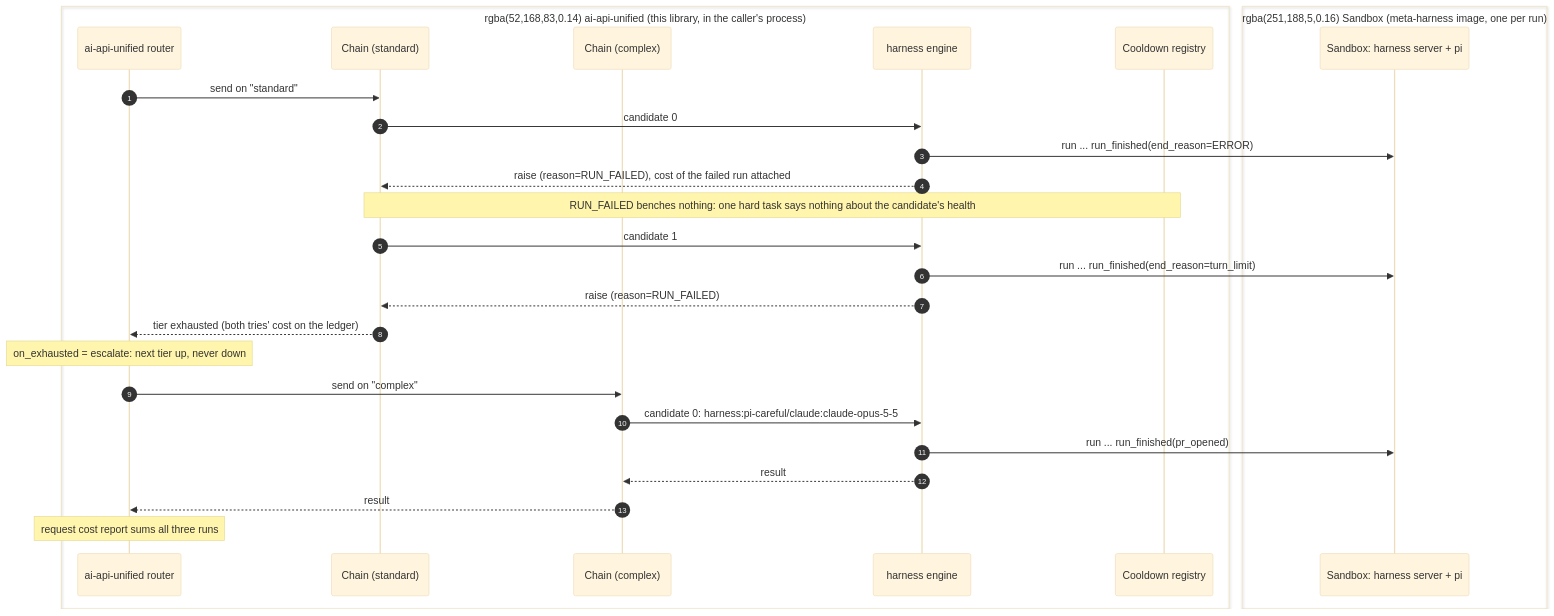
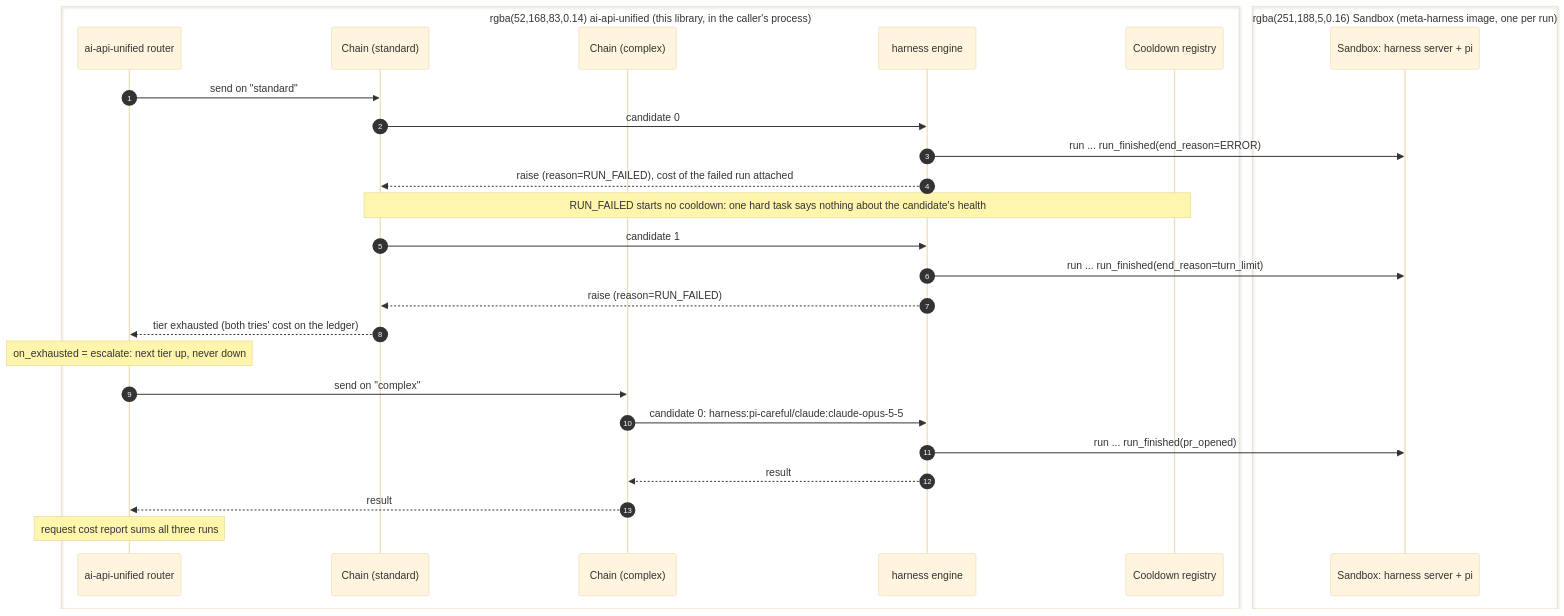
One commit to davecthomas/ai-api-unified changed the third of 8 diagrams in docs/harness_engine_design.md. Above: the diagram before and after it, drawn with Mermaid (base theme). The commit also changed other lines of this file, not shown here.

````diff
--- a/docs/harness_engine_design.md
+++ b/docs/harness_engine_design.md
@@ -200,31 +234,31 @@
 ```mermaid
 sequenceDiagram
     autonumber
     box rgba(52,168,83,0.14) ai-api-unified (this library, in the caller's process)
     participant R as ai-api-unified router
     participant F1 as Chain (standard)
     participant F2 as Chain (complex)
     participant E as harness engine
     participant CD as Cooldown registry
     end
     box rgba(251,188,5,0.16) Sandbox (meta-harness image, one per run)
     participant S as Sandbox: harness server + pi
     end
 
     R->>F1: send on "standard"
     F1->>E: candidate 0
     E->>S: run ... run_finished(end_reason=ERROR)
     E-->>F1: raise (reason=RUN_FAILED), cost of the failed run attached
-    Note over F1,CD: RUN_FAILED benches nothing: one hard task says nothing about the candidate's health
+    Note over F1,CD: RUN_FAILED starts no cooldown: one hard task says nothing about the candidate's health
     F1->>E: candidate 1
     E->>S: run ... run_finished(end_reason=turn_limit)
     E-->>F1: raise (reason=RUN_FAILED)
     F1-->>R: tier exhausted (both tries' cost on the ledger)
     Note over R: on_exhausted = escalate: next tier up, never down
     R->>F2: send on "complex"
     F2->>E: candidate 0: harness:pi-careful/claude:claude-opus-5-5
     E->>S: run ... run_finished(pr_opened)
     E-->>F2: result
     F2-->>R: result
     Note over R: request cost report sums all three runs
 ```
````
